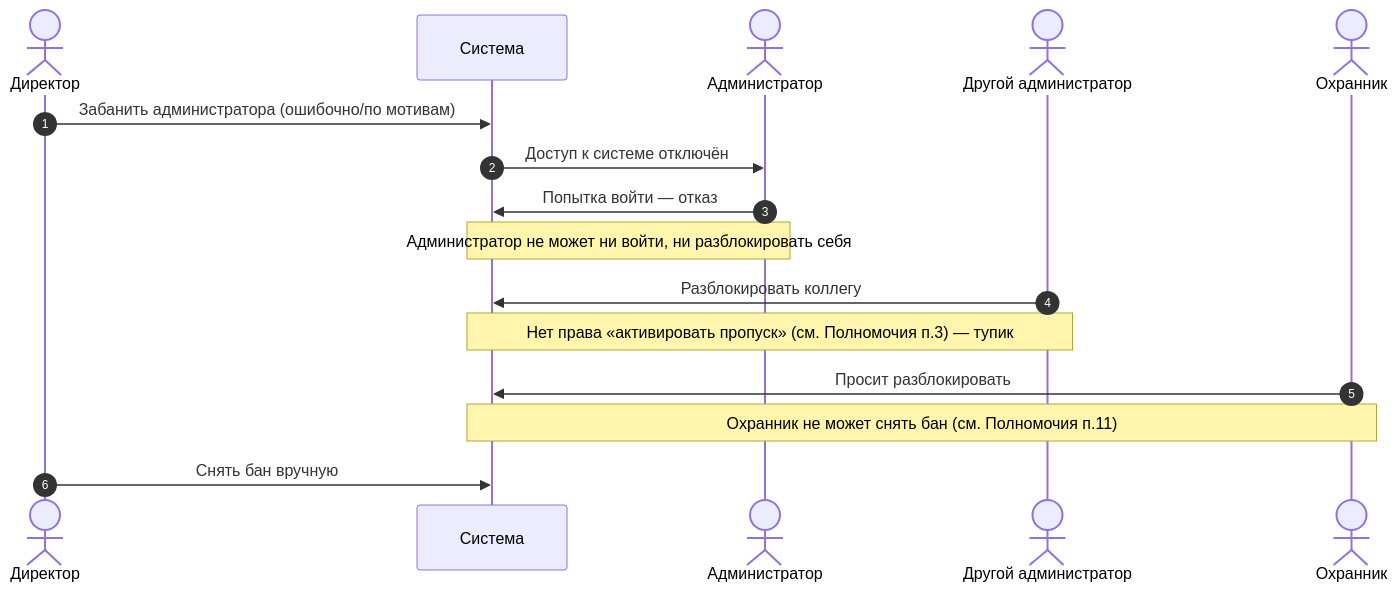
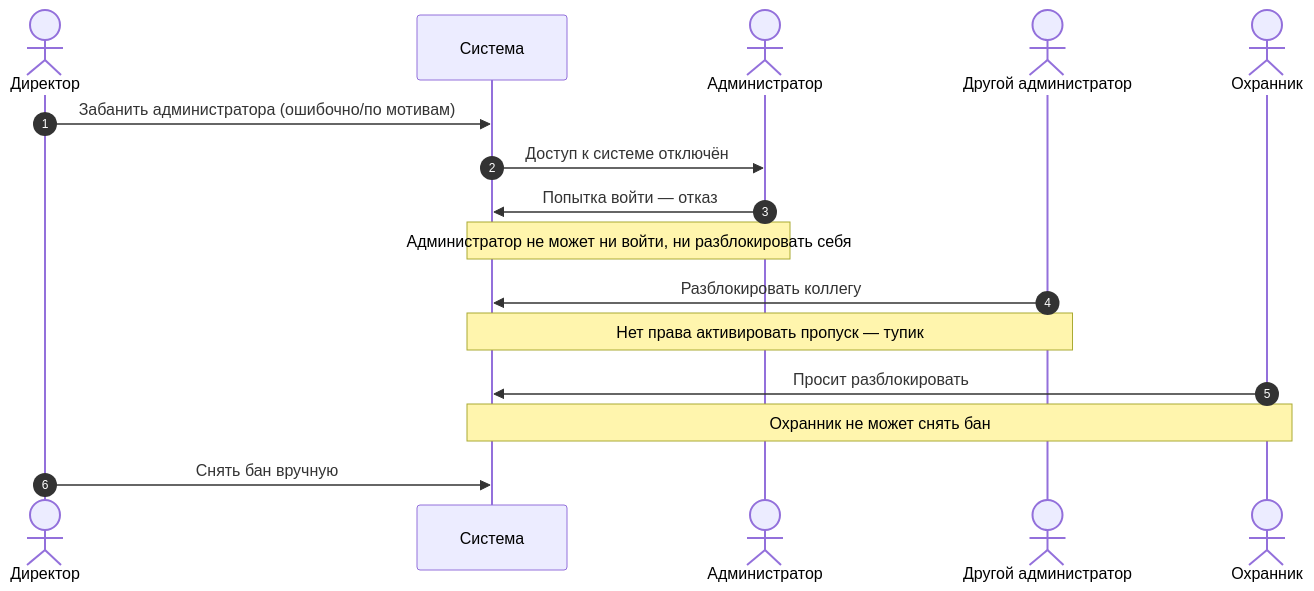
The seventh of 9 diagrams in Диаграммы_последовательности.md (lokiertyert/hz), drawn with Mermaid before and after one commit. The commit also changed other lines of this file, not shown here.

Commit message:
Убраны ссылки на номера полномочий из пояснений на диаграммах

````diff
--- a/Диаграммы_последовательности.md
+++ b/Диаграммы_последовательности.md
@@ -163,19 +163,19 @@
 ```mermaid
 sequenceDiagram
     autonumber
     actor D as Директор
     participant S as Система
     actor AD as Администратор
     actor AD2 as Другой администратор
     actor G as Охранник
 
     D->>S: Забанить администратора (ошибочно/по мотивам)
     S->>AD: Доступ к системе отключён
     AD->>S: Попытка войти — отказ
     Note over AD,S: Администратор не может ни войти, ни разблокировать себя
     AD2->>S: Разблокировать коллегу
-    Note over AD2,S: Нет права «активировать пропуск» (см. Полномочия п.3) — тупик
+    Note over AD2,S: Нет права активировать пропуск — тупик
     G->>S: Просит разблокировать
-    Note over G,S: Охранник не может снять бан (см. Полномочия п.11)
+    Note over G,S: Охранник не может снять бан
     D->>S: Снять бан вручную
 ```
````
